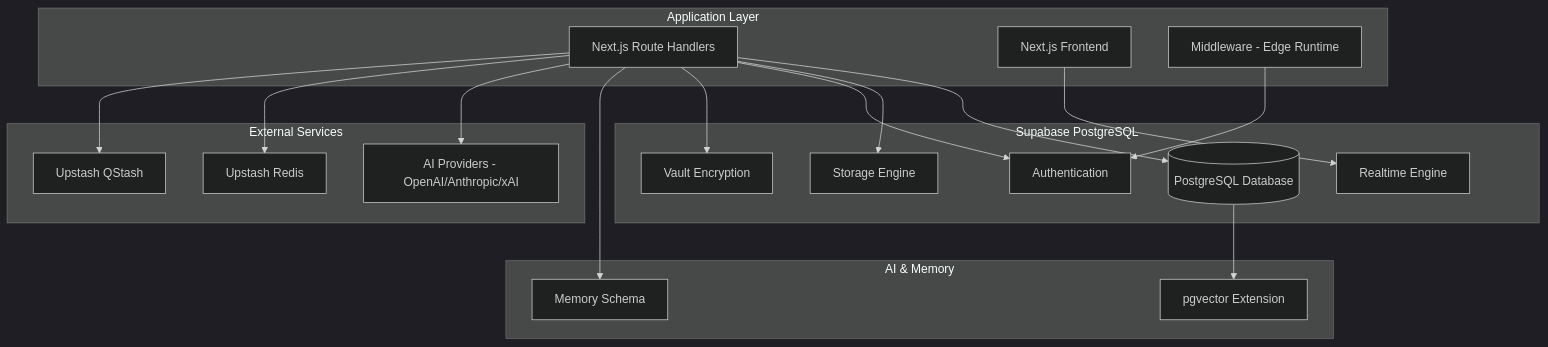
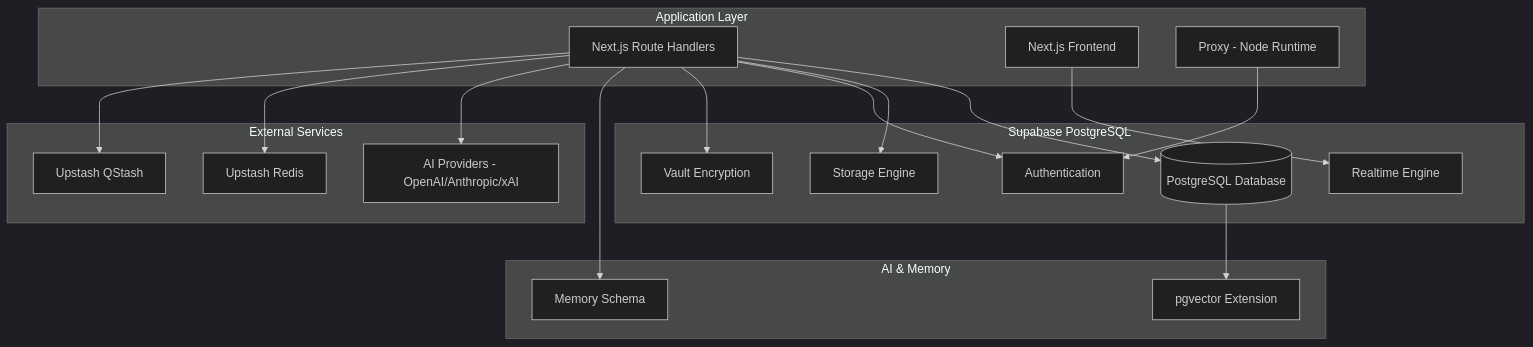
The diagram in docs/architecture/database.md (BjornMelin/tripsage-ai), drawn with Mermaid (dark theme) before and after one commit. The commit also changed other lines of this file and 95 other files, not shown here.

````diff
--- a/docs/architecture/database.md
+++ b/docs/architecture/database.md
@@ -14,39 +14,39 @@
 ```mermaid
 graph TB
     subgraph "Application Layer"
         API[Next.js Route Handlers]
         FE[Next.js Frontend]
-        MW[Middleware - Edge Runtime]
+        PX[Proxy - Node Runtime]
     end
 
     subgraph "Supabase PostgreSQL"
         DB[(PostgreSQL Database)]
         RT[Realtime Engine]
         ST[Storage Engine]
         AUTH[Authentication]
         VAULT[Vault Encryption]
     end
 
     subgraph "AI & Memory"
         MEM[Memory Schema]
         VECTOR[pgvector Extension]
     end
 
     subgraph "External Services"
         AI[AI Providers - OpenAI/Anthropic/xAI]
         REDIS[Upstash Redis]
         QSTASH[Upstash QStash]
     end
 
     API --> DB
     FE --> RT
-    MW --> AUTH
+    PX --> AUTH
     API --> ST
     API --> AUTH
     API --> VAULT
     API --> MEM
     DB --> VECTOR
     API --> AI
     API --> REDIS
     API --> QSTASH
 ```
````
